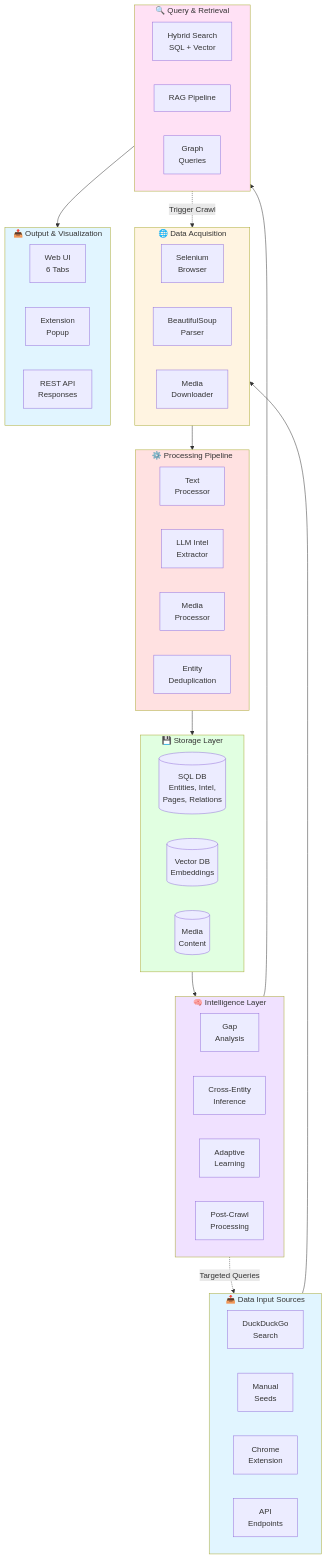
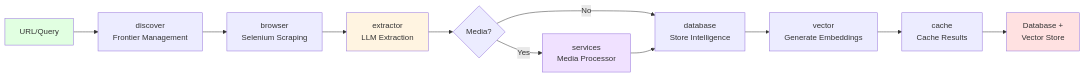
One commit to anorien90/Garuda changed the second of 4 diagrams in README.md. Above: the diagram before and after it, drawn with Mermaid. The commit also changed other lines of this file and 2 other files, not shown here.

Commit message:
Rewrite README.md aligned with actual project structure and integrate docs/RAG_RETRY_PARAPHRASING.md

````diff
--- a/README.md
+++ b/README.md
@@ -181,65 +198,18 @@
 ```mermaid
-flowchart TD
-    subgraph Input["📥 Data Input Sources"]
-        DDG[DuckDuckGo<br/>Search]
-        Manual[Manual<br/>Seeds]
-        Extension[Chrome<br/>Extension]
-        API_In[API<br/>Endpoints]
-    end
-    
-    subgraph Acquisition["🌐 Data Acquisition"]
-        Browser[Selenium<br/>Browser]
-        Parser[BeautifulSoup<br/>Parser]
-        MediaDown[Media<br/>Downloader]
-    end
-    
-    subgraph Processing["⚙️ Processing Pipeline"]
-        TextProc[Text<br/>Processor]
-        IntelExt[LLM Intel<br/>Extractor]
-        MediaProc[Media<br/>Processor]
-        EntityDedupe[Entity<br/>Deduplication]
-    end
-    
-    subgraph Storage["💾 Storage Layer"]
-        SQLStore[(SQL DB<br/>Entities, Intel,<br/>Pages, Relations)]
-        VectorStore[(Vector DB<br/>Embeddings)]
-        MediaStore[(Media<br/>Content)]
-    end
-    
-    subgraph Intelligence["🧠 Intelligence Layer"]
-        GapAnalysis[Gap<br/>Analysis]
-        Inference[Cross-Entity<br/>Inference]
-        Learning[Adaptive<br/>Learning]
-        PostProc[Post-Crawl<br/>Processing]
-    end
-    
-    subgraph Query["🔍 Query & Retrieval"]
-        HybridSearch[Hybrid Search<br/>SQL + Vector]
-        RAG[RAG Pipeline]
-        GraphQuery[Graph<br/>Queries]
-    end
-    
-    subgraph Output["📤 Output & Visualization"]
-        WebUI[Web UI<br/>6 Tabs]
-        ExtUI[Extension<br/>Popup]
-        APIOut[REST API<br/>Responses]
-    end
-    
-    Input --> Acquisition
-    Acquisition --> Processing
-    Processing --> Storage
-    Storage --> Intelligence
-    Intelligence --> Query
-    Query --> Output
-    
-    Intelligence -.->|Targeted Queries| Input
-    Query -.->|Trigger Crawl| Acquisition
-    
-    style Input fill:#e1f5ff
-    style Acquisition fill:#fff4e1
-    style Processing fill:#ffe1e1
-    style Storage fill:#e1ffe1
-    style Intelligence fill:#f0e1ff
-    style Query fill:#ffe1f5
-    style Output fill:#e1f5ff
+flowchart LR
+    A[URL/Query] --> B[discover<br/>Frontier Management]
+    B --> C[browser<br/>Selenium Scraping]
+    C --> D[extractor<br/>LLM Extraction]
+    D --> E{Media?}
+    E -->|Yes| F[services<br/>Media Processor]
+    E -->|No| G[database<br/>Store Intelligence]
+    F --> G
+    G --> H[vector<br/>Generate Embeddings]
+    H --> I[cache<br/>Cache Results]
+    I --> J[Database +<br/>Vector Store]
+
+    style A fill:#e1ffe1
+    style J fill:#ffe1e1
+    style D fill:#fff4e1
+    style F fill:#f0e1ff
 ```
````
